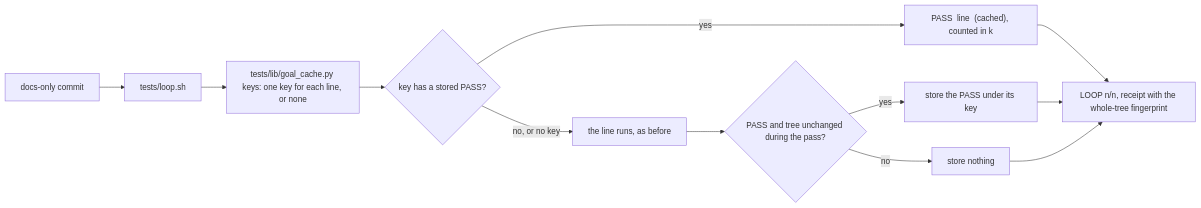
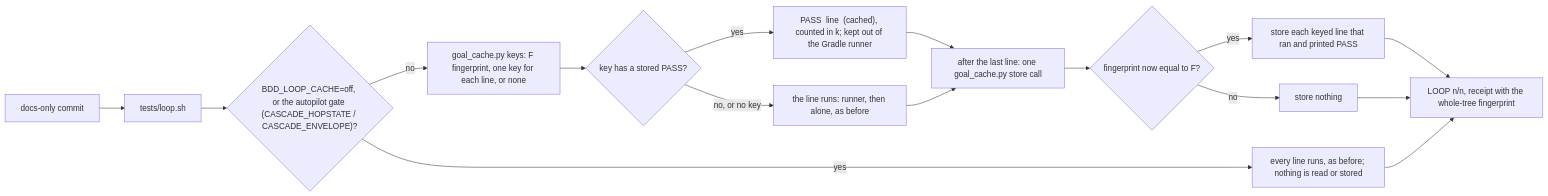
The second of 2 diagrams in docs/cascade/05b-t101-goal-verdict-cache.md (kadaluarsa/barbaric-driven-development), drawn with Mermaid before and after one commit. The commit also changed other lines of this file and 4 other files, not shown here.

````diff
--- a/docs/cascade/05b-t101-goal-verdict-cache.md
+++ b/docs/cascade/05b-t101-goal-verdict-cache.md
@@ -39,14 +39,18 @@
 ```mermaid
 flowchart LR
   C[docs-only commit] --> L[tests/loop.sh]
-  L --> K["tests/lib/goal_cache.py keys: one key for each line, or none"]
+  L --> O{"BDD_LOOP_CACHE=off, or the autopilot gate (CASCADE_HOPSTATE / CASCADE_ENVELOPE)?"}
+  O -->|yes| R0[every line runs, as before; nothing is read or stored]
+  O -->|no| K["goal_cache.py keys: F fingerprint, one key for each line, or none"]
   K --> H{key has a stored PASS?}
-  H -->|yes| P["PASS  line  (cached), counted in k"]
-  H -->|no, or no key| R[the line runs, as before]
-  R --> S{PASS and tree unchanged during the pass?}
-  S -->|yes| W[store the PASS under its key]
+  H -->|yes| P["PASS  line  (cached), counted in k; kept out of the Gradle runner"]
+  H -->|no, or no key| R[the line runs: runner, then alone, as before]
+  P --> E[after the last line: one goal_cache.py store call]
+  R --> E
+  E --> S{fingerprint now equal to F?}
+  S -->|yes| W[store each keyed line that ran and printed PASS]
   S -->|no| X[store nothing]
-  P --> V[LOOP n/n, receipt with the whole-tree fingerprint]
-  W --> V
+  W --> V[LOOP n/n, receipt with the whole-tree fingerprint]
   X --> V
+  R0 --> V
 ```
````
